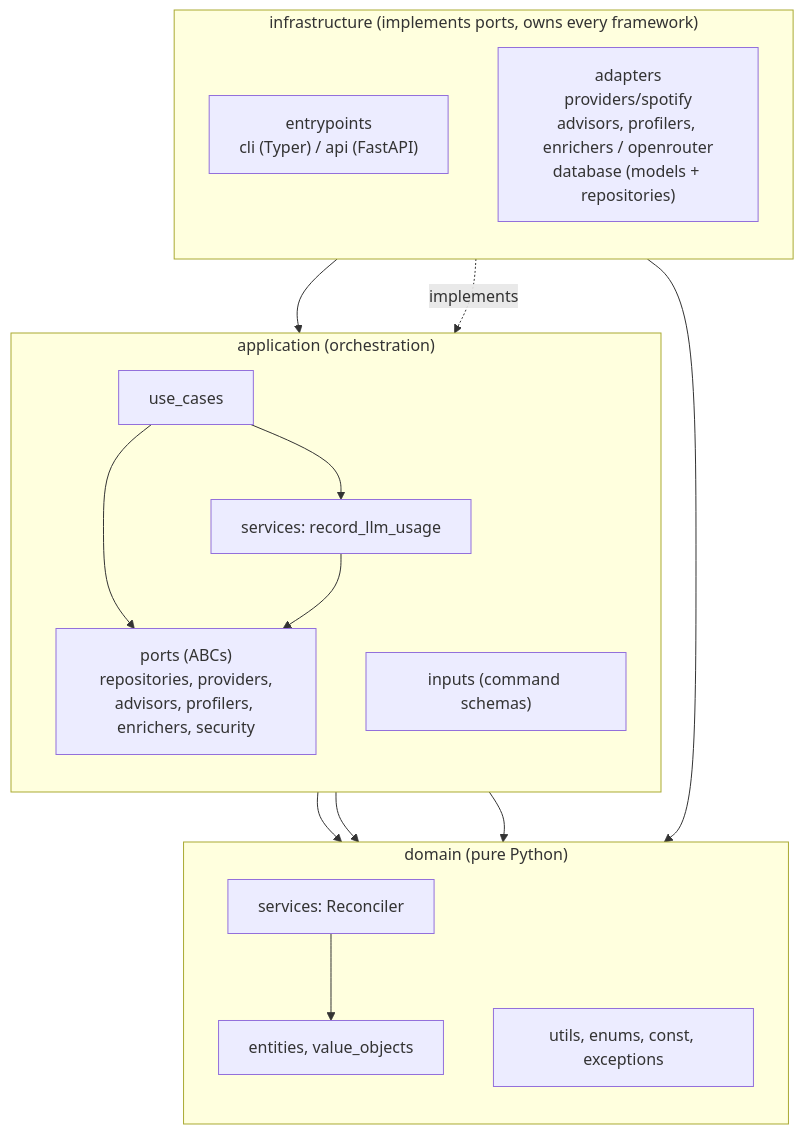
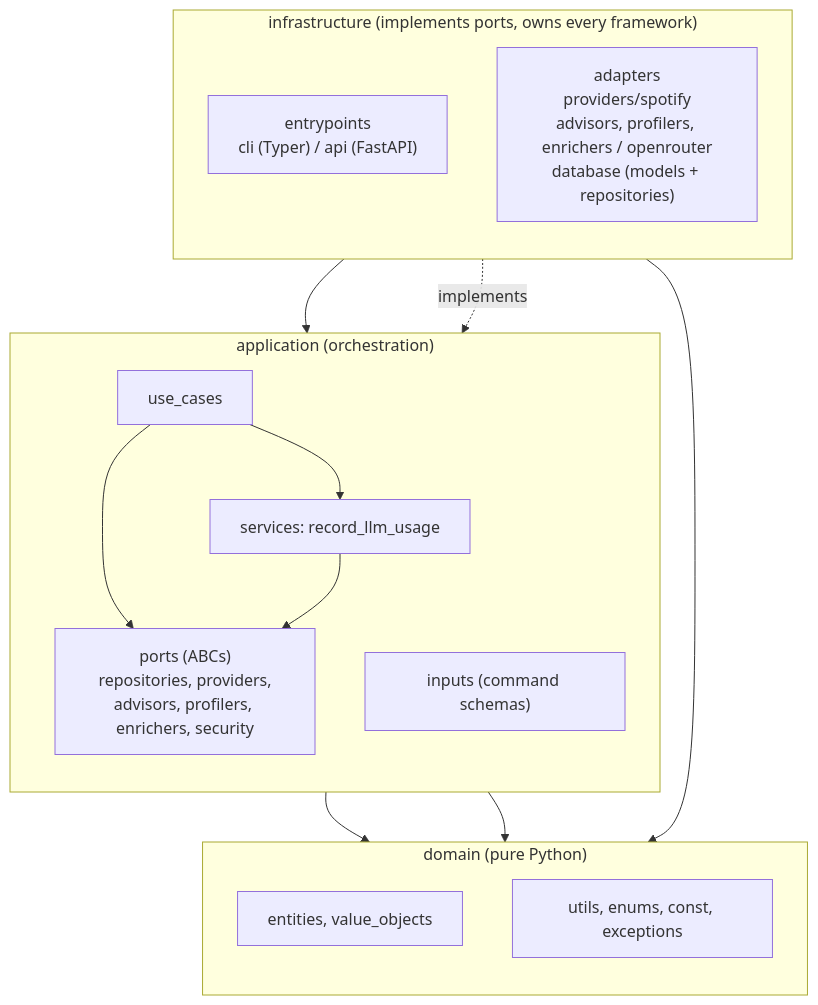
One commit to ychab/museflow changed the first of 2 diagrams in docs/technical/architecture.md. Above: the diagram before and after it, drawn with Mermaid. The commit also changed other lines of this file and 15 other files, not shown here.

````diff
--- a/docs/technical/architecture.md
+++ b/docs/technical/architecture.md
@@ -7,31 +7,28 @@
 ```mermaid
 flowchart TB
     subgraph INFRA["infrastructure (implements ports, owns every framework)"]
         direction TB
         EP["entrypoints<br/>cli (Typer) / api (FastAPI)"]
         AD["adapters<br/>providers/spotify<br/>advisors, profilers, enrichers / openrouter<br/>database (models + repositories)"]
     end
     subgraph APP["application (orchestration)"]
         direction TB
         UC["use_cases"]
         ASVC["services: record_llm_usage"]
         PORTS["ports (ABCs)<br/>repositories, providers,<br/>advisors, profilers, enrichers, security"]
         INP["inputs (command schemas)"]
     end
     subgraph DOM["domain (pure Python)"]
         direction TB
         ENT["entities, value_objects"]
-        SVC["services: Reconciler"]
         UTL["utils, enums, const, exceptions"]
     end
     EP --> UC
     UC --> PORTS
     UC --> ASVC
     ASVC --> PORTS
     UC --> ENT
-    UC --> SVC
     AD -.implements.-> PORTS
     AD --> ENT
     PORTS --> ENT
-    SVC --> ENT
 ```
````
